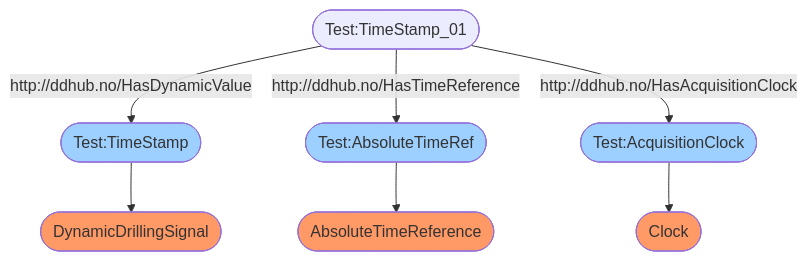
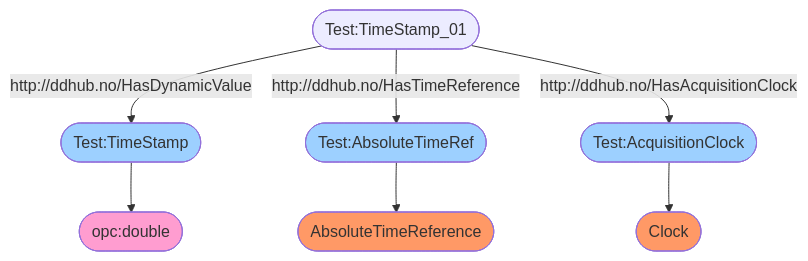
The second of 5 diagrams in OSDC.DotnetLibraries.General/OSDC.DotnetLibraries.Drilling.DrillingProperties.Example08/Example08.md (Open-Source-Drilling-Community/DotNetLibraries), drawn with Mermaid before and after one commit. The commit also changed other lines of this file and 3 other files, not shown here.

````diff
--- a/OSDC.DotnetLibraries.General/OSDC.DotnetLibraries.Drilling.DrillingProperties.Example08/Example08.md
+++ b/OSDC.DotnetLibraries.General/OSDC.DotnetLibraries.Drilling.DrillingProperties.Example08/Example08.md
@@ -14,13 +14,13 @@
 ```mermaid
 flowchart TD
 	 classDef typeClass fill:#f96;
 	 classDef classClass fill:#9dd0ff;
 	 classDef opcClass fill:#ff9dd0;
 	 classDef quantityClass fill:#d0ff9d;
-	Test:TimeStamp([Test:TimeStamp]) --> DynamicDrillingSignal([DynamicDrillingSignal]):::typeClass
+	Test:TimeStamp([Test:TimeStamp]) --> opc:double([opc:double]):::opcClass
 	Test:AbsoluteTimeRef([Test:AbsoluteTimeRef]) --> AbsoluteTimeReference([AbsoluteTimeReference]):::typeClass
 	Test:AcquisitionClock([Test:AcquisitionClock]) --> Clock([Clock]):::typeClass
 	Test:TimeStamp_01([Test:TimeStamp_01]) -- http://ddhub.no/HasDynamicValue --> Test:TimeStamp([Test:TimeStamp]):::classClass
 	Test:TimeStamp_01([Test:TimeStamp_01]) -- http://ddhub.no/HasTimeReference --> Test:AbsoluteTimeRef([Test:AbsoluteTimeRef]):::classClass
 	Test:TimeStamp_01([Test:TimeStamp_01]) -- http://ddhub.no/HasAcquisitionClock --> Test:AcquisitionClock([Test:AcquisitionClock]):::classClass
 ```
````
